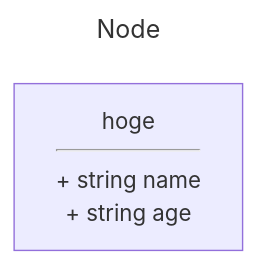
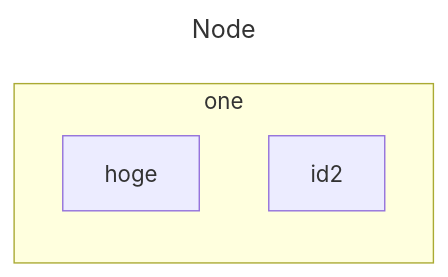
Before and after one commit to naosim/hanataba: the diagram in README.md, drawn with Mermaid. The commit also changed 1 other file, not shown here.

Commit message:
フローチャートで書くように変更

````diff
--- a/README.md
+++ b/README.md
@@ -5,8 +5,15 @@
 ```mermaid
 ---
 title: Node
 ---
 flowchart LR
-    id["hoge<hr />+ string name<br />+ string age<br />"]
+subgraph one
+id
+end
+subgraph one
+id2
+end
+
+id["hoge"]
   
 ```
````
